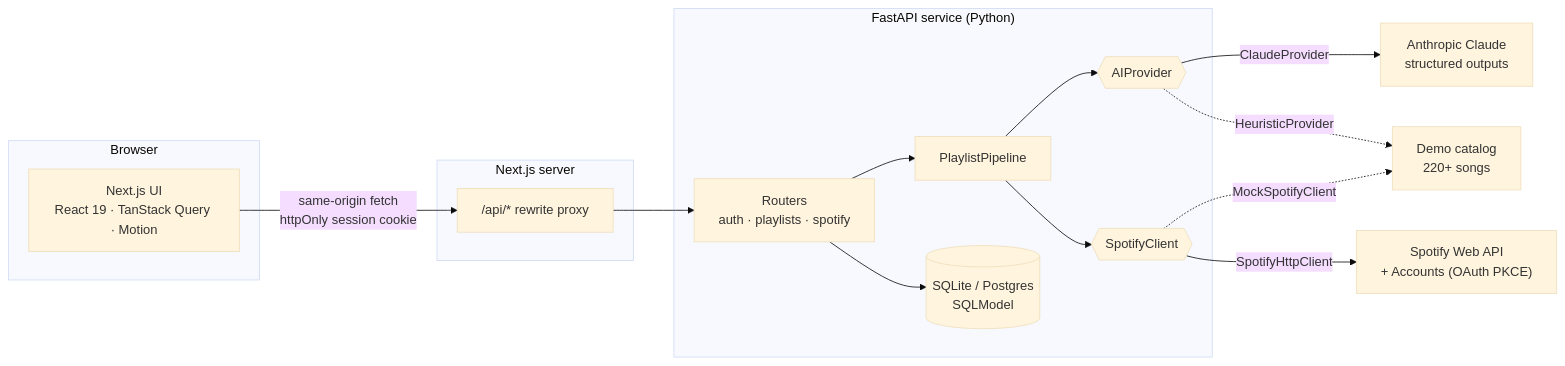
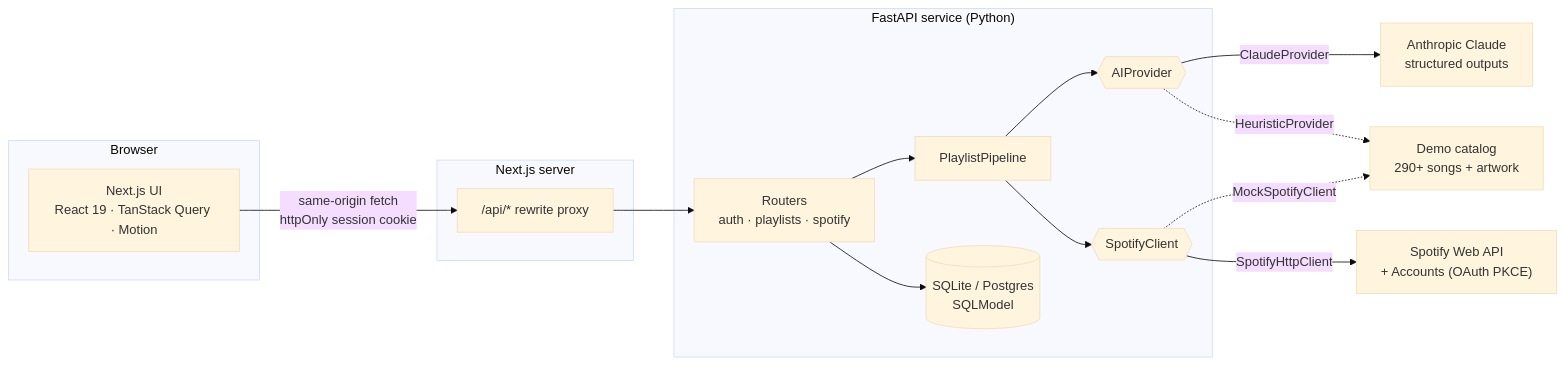
One commit to lordflaxko/moodwave changed the first of 2 diagrams in README.md. Above: the diagram before and after it, drawn with Mermaid (base theme). The commit also changed other lines of this file and 76 other files, not shown here.

````diff
--- a/README.md
+++ b/README.md
@@ -124,29 +154,29 @@
 ```mermaid
 flowchart LR
     subgraph Browser
       UI["Next.js UI<br/>React 19 · TanStack Query · Motion"]
     end
     subgraph Web["Next.js server"]
       RW["/api/* rewrite proxy"]
     end
     subgraph API["FastAPI service (Python)"]
       R["Routers<br/>auth · playlists · spotify"]
       P["PlaylistPipeline"]
       AI{{"AIProvider"}}
       SP{{"SpotifyClient"}}
       DB[("SQLite / Postgres<br/>SQLModel")]
     end
     Claude["Anthropic Claude<br/>structured outputs"]
     Spotify["Spotify Web API<br/>+ Accounts (OAuth PKCE)"]
-    Catalog["Demo catalog<br/>220+ songs"]
+    Catalog["Demo catalog<br/>290+ songs + artwork"]
 
     UI -- "same-origin fetch<br/>httpOnly session cookie" --> RW --> R
     R --> P
     P --> AI
     P --> SP
     R --> DB
     AI -- ClaudeProvider --> Claude
     AI -. HeuristicProvider .-> Catalog
     SP -- SpotifyHttpClient --> Spotify
     SP -. MockSpotifyClient .-> Catalog
 ```
````
